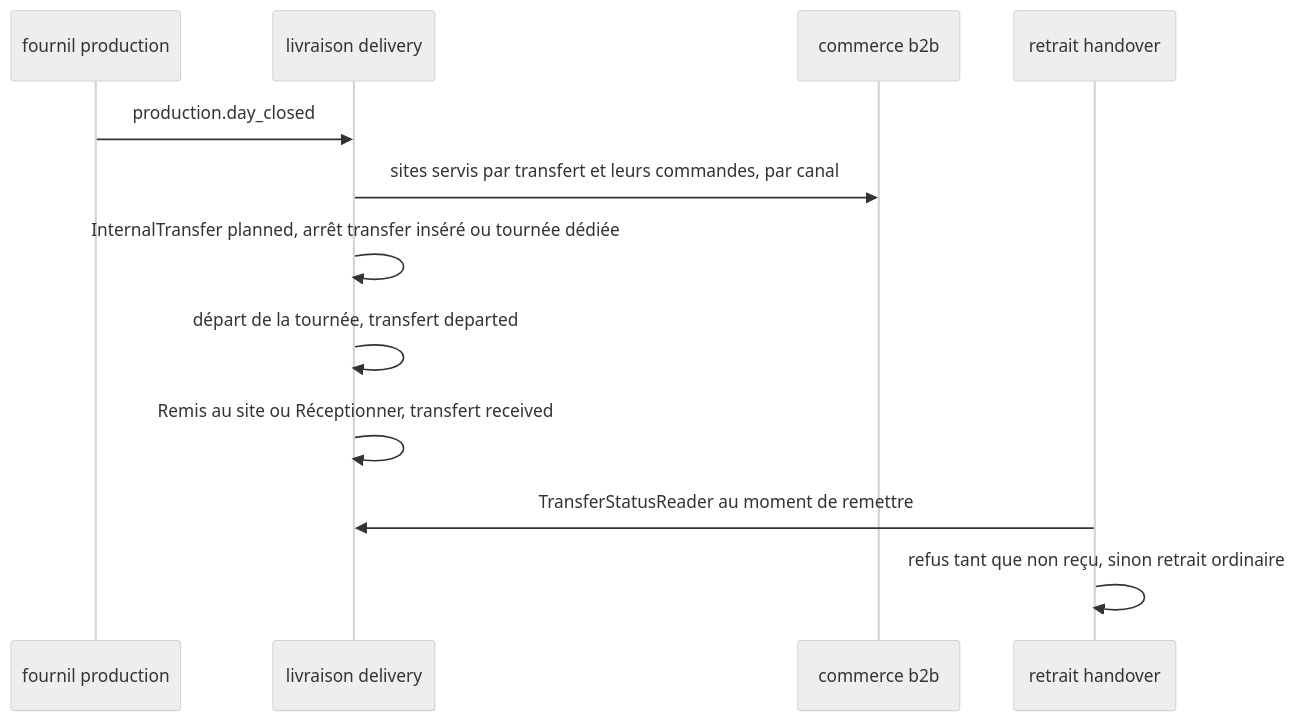
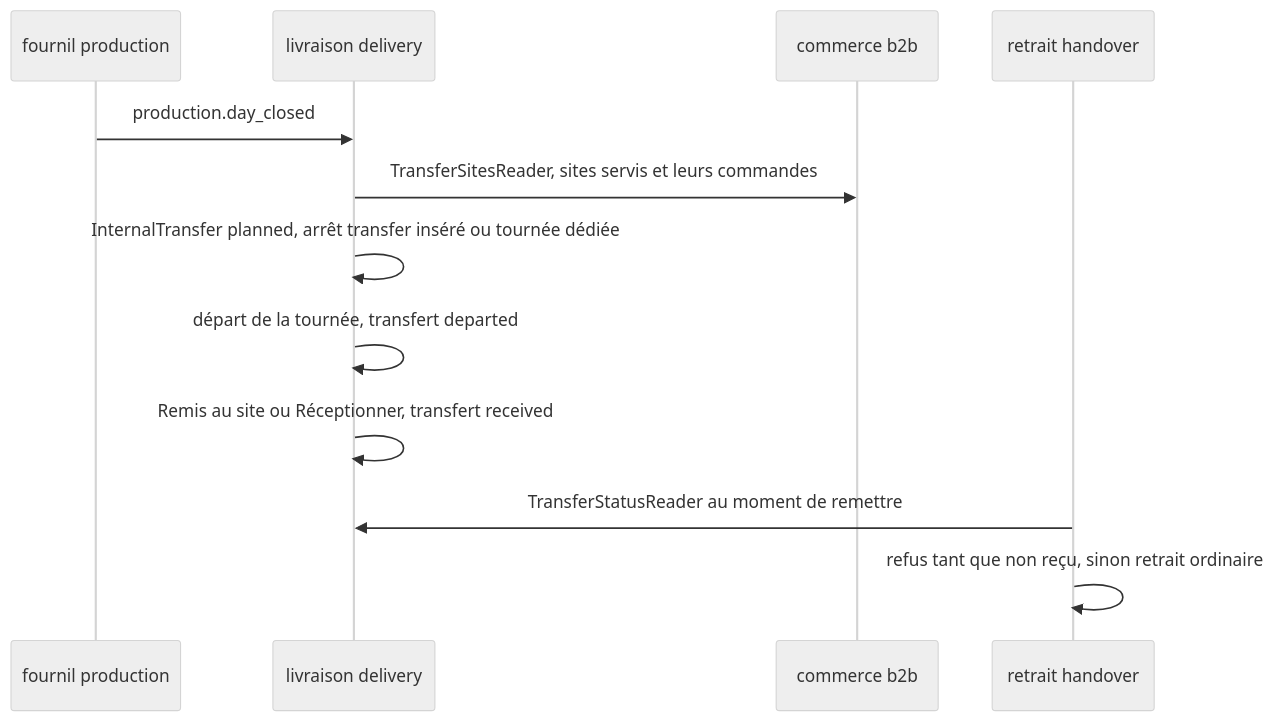
Before and after one commit to hugoheynard/lfd: the third of 3 diagrams in documentation/livraisons/transferts/plan-sites-transfert-interne-tri-et-couleurs.md, drawn with Mermaid (neutral theme). The commit also changed other lines of this file, not shown here.

````diff
--- a/documentation/livraisons/transferts/plan-sites-transfert-interne-tri-et-couleurs.md
+++ b/documentation/livraisons/transferts/plan-sites-transfert-interne-tri-et-couleurs.md
@@ -587,14 +601,14 @@
 ```mermaid
 sequenceDiagram
   participant F as fournil production
   participant L as livraison delivery
   participant C as commerce b2b
   participant R as retrait handover
   F->>L: production.day_closed
-  L->>C: sites servis par transfert et leurs commandes, par canal
+  L->>C: TransferSitesReader, sites servis et leurs commandes
   L->>L: InternalTransfer planned, arrêt transfer inséré ou tournée dédiée
   L->>L: départ de la tournée, transfert departed
   L->>L: Remis au site ou Réceptionner, transfert received
   R->>L: TransferStatusReader au moment de remettre
   R->>R: refus tant que non reçu, sinon retrait ordinaire
 ```
````
